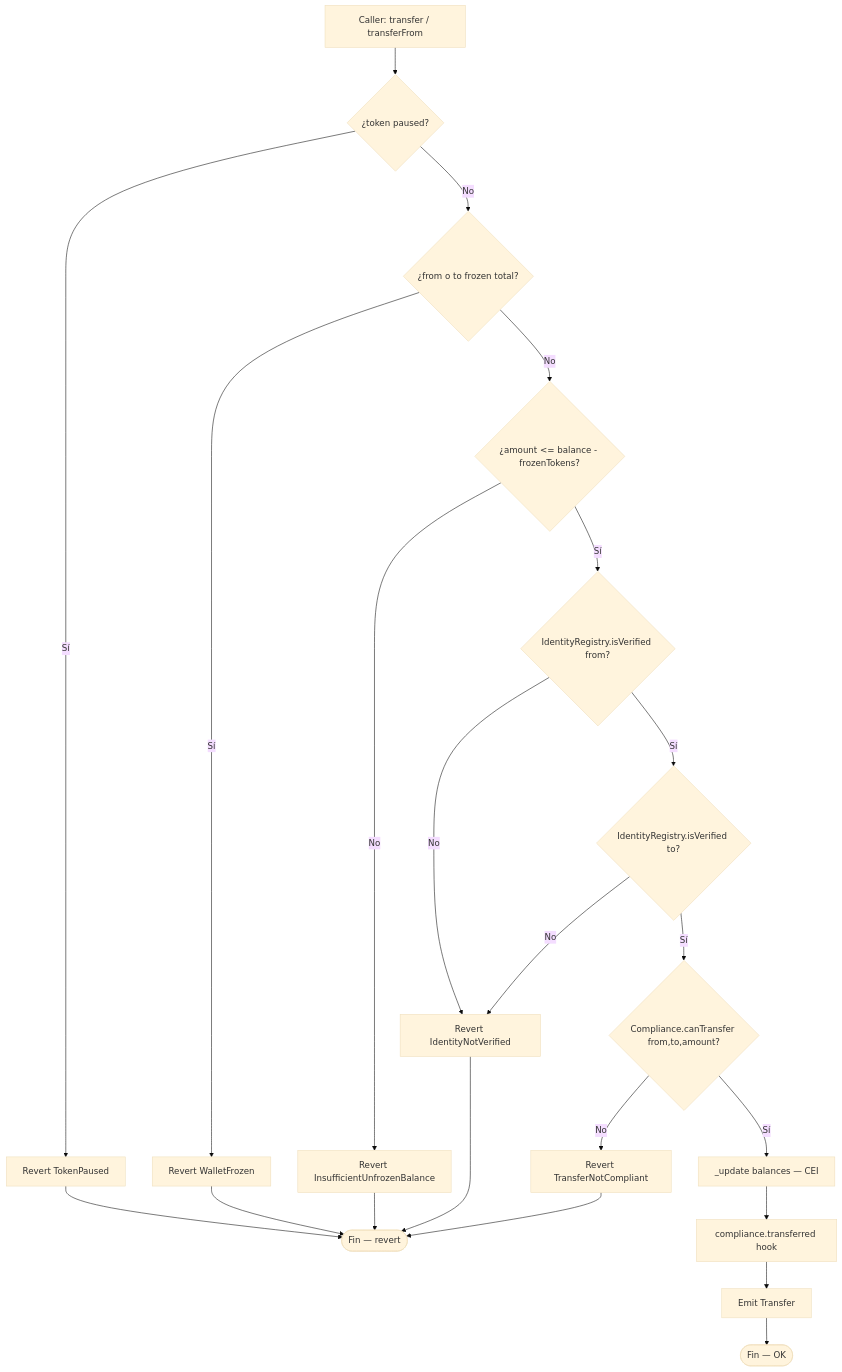
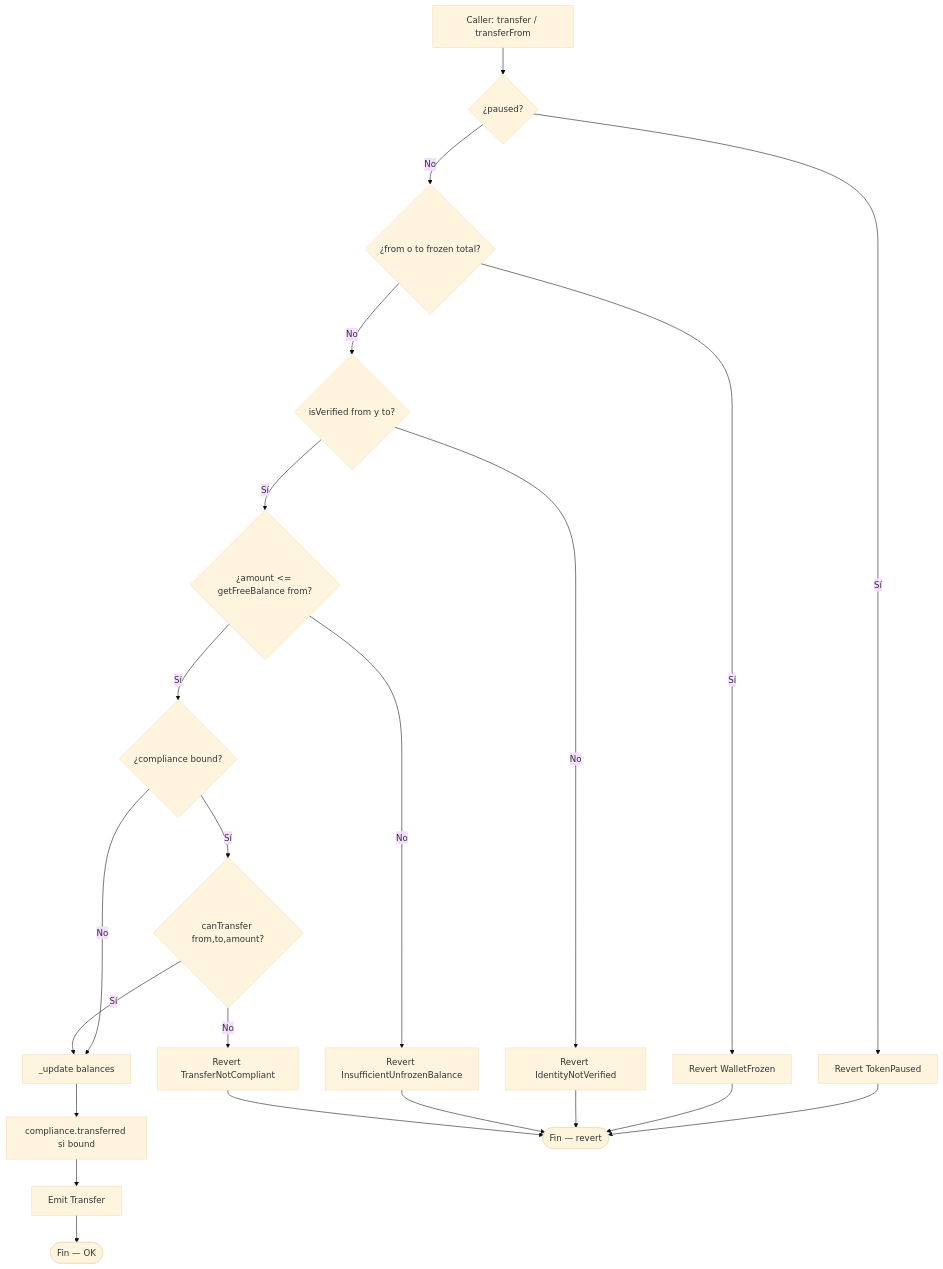
The first of 6 diagrams in doc/diagrama-de-flujo.md (rastrahm/rwa-tokenization), drawn with Mermaid (base theme) before and after one commit. The commit also changed other lines of this file and 7 other files, not shown here.

````diff
--- a/doc/diagrama-de-flujo.md
+++ b/doc/diagrama-de-flujo.md
@@ -8,24 +8,24 @@
 ```mermaid
 flowchart TD
-    A[Caller: transfer / transferFrom] --> B{¿token paused?}
+    A[Caller: transfer / transferFrom] --> B{¿paused?}
     B -->|Sí| Z0[Revert TokenPaused]
     B -->|No| C{¿from o to frozen total?}
     C -->|Sí| Z1[Revert WalletFrozen]
-    C -->|No| D{¿amount <= balance - frozenTokens?}
-    D -->|No| Z2[Revert InsufficientUnfrozenBalance]
-    D -->|Sí| E{IdentityRegistry.isVerified from?}
-    E -->|No| Z3[Revert IdentityNotVerified]
-    E -->|Sí| F{IdentityRegistry.isVerified to?}
-    F -->|No| Z3
-    F -->|Sí| G{Compliance.canTransfer from,to,amount?}
+    C -->|No| D{isVerified from y to?}
+    D -->|No| Z2[Revert IdentityNotVerified]
+    D -->|Sí| E{¿amount <= getFreeBalance from?}
+    E -->|No| Z3[Revert InsufficientUnfrozenBalance]
+    E -->|Sí| F{¿compliance bound?}
+    F -->|No| H[_update balances]
+    F -->|Sí| G{canTransfer from,to,amount?}
     G -->|No| Z4[Revert TransferNotCompliant]
-    G -->|Sí| H[_update balances — CEI]
-    H --> I[compliance.transferred hook]
+    G -->|Sí| H
+    H --> I[compliance.transferred si bound]
     I --> J[Emit Transfer]
     J --> Ok([Fin — OK])
     Z0 --> End([Fin — revert])
     Z1 --> End
     Z2 --> End
     Z3 --> End
     Z4 --> End
 ```
````
